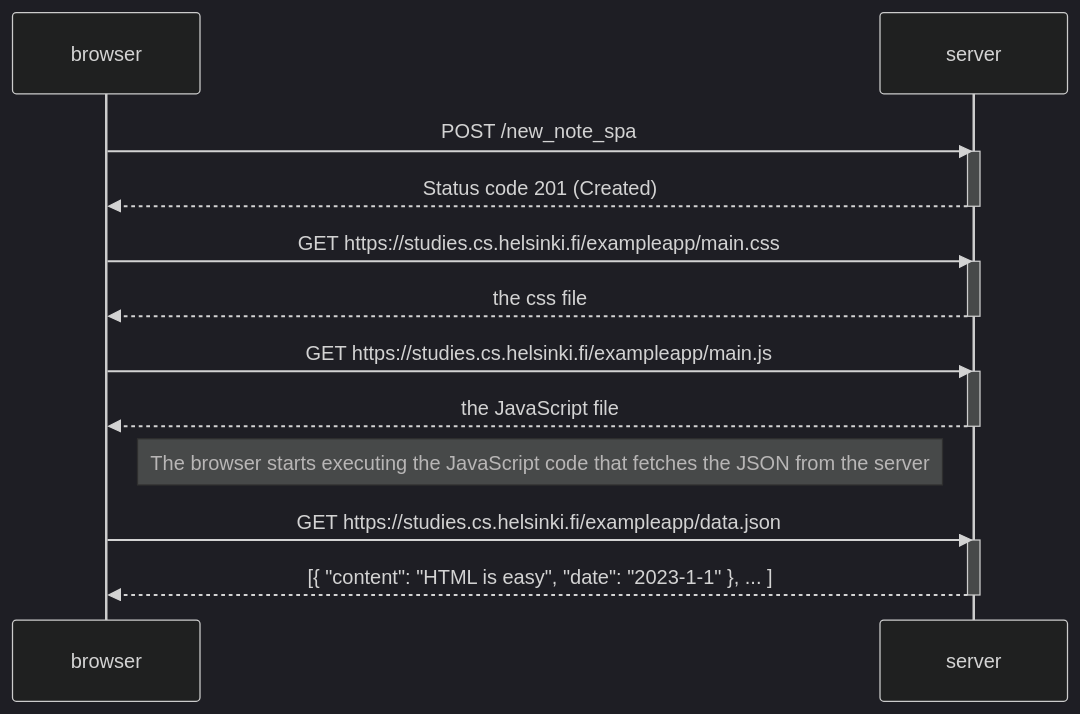
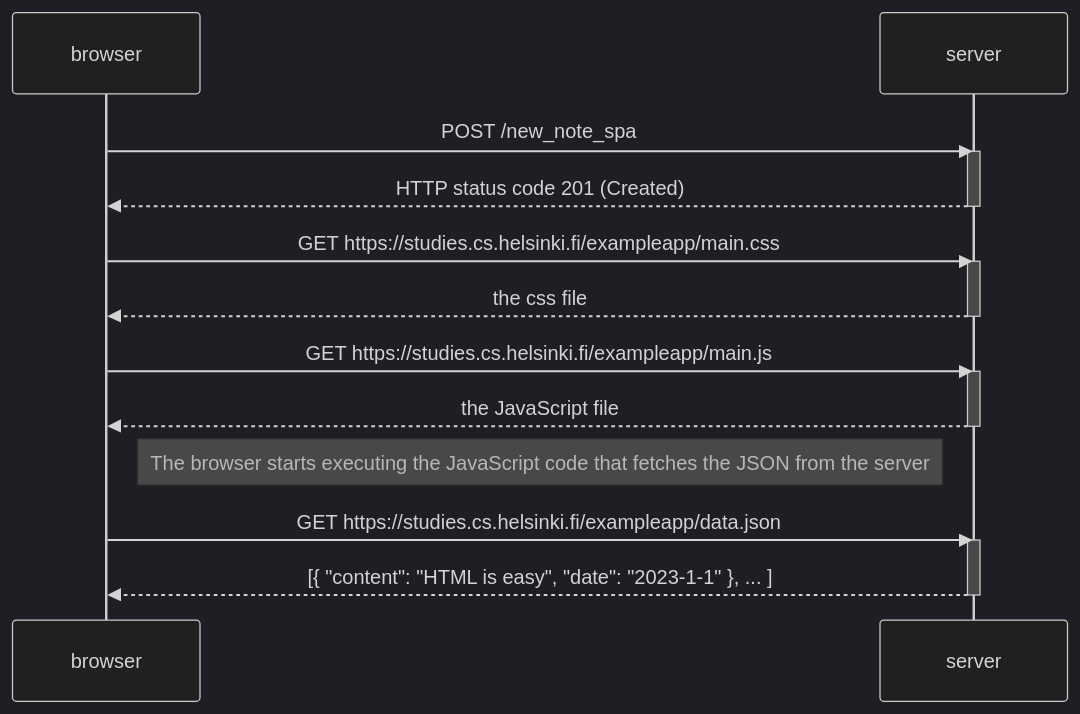
The diagram in part0/exercise-0.6.md (daniellandsman1/full-stack-open), drawn with Mermaid (dark theme) before and after one commit.

````diff
--- a/part0/exercise-0.6.md
+++ b/part0/exercise-0.6.md
@@ -1,27 +1,27 @@
 ```mermaid
 sequenceDiagram
     participant browser
     participant server
 
     browser->>server: POST /new_note_spa
     activate server
-    server-->>browser: Status code 201 (Created)
+    server-->>browser: HTTP status code 201 (Created)
     deactivate server
 
     browser->>server: GET https://studies.cs.helsinki.fi/exampleapp/main.css
     activate server
     server-->>browser: the css file
     deactivate server
 
     browser->>server: GET https://studies.cs.helsinki.fi/exampleapp/main.js
     activate server
     server-->>browser: the JavaScript file
     deactivate server
 
     Note right of browser: The browser starts executing the JavaScript code that fetches the JSON from the server
 
     browser->>server: GET https://studies.cs.helsinki.fi/exampleapp/data.json
     activate server
     server-->>browser: [{ "content": "HTML is easy", "date": "2023-1-1" }, ... ]
     deactivate server
 ```
````
